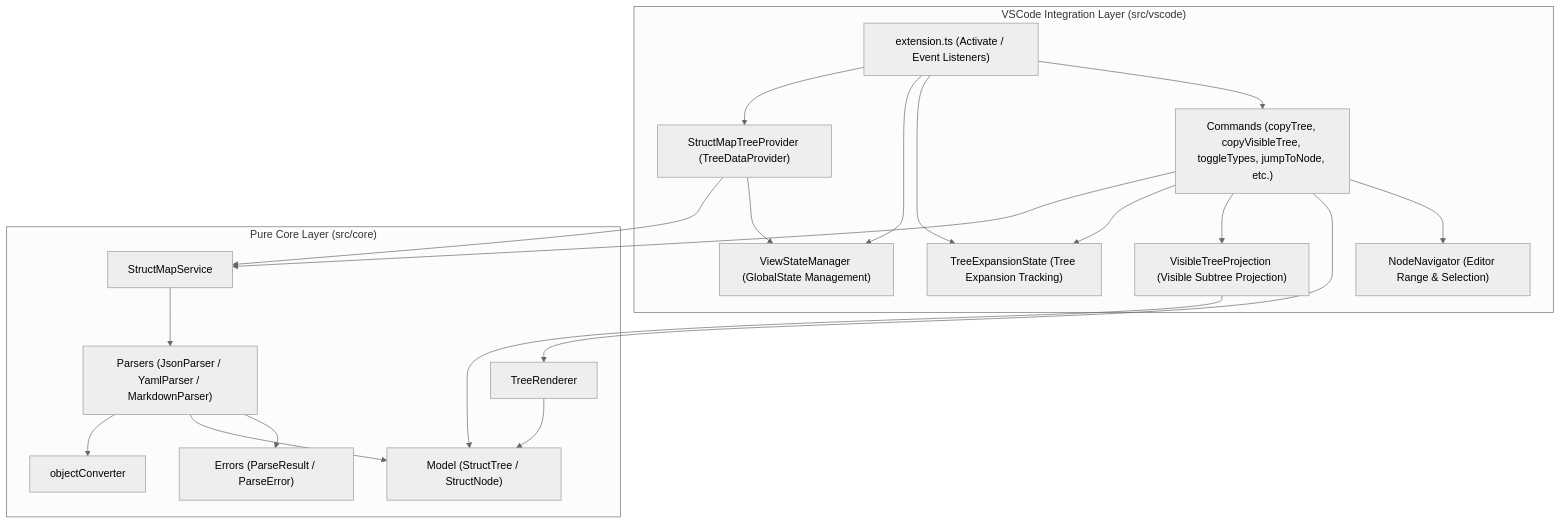
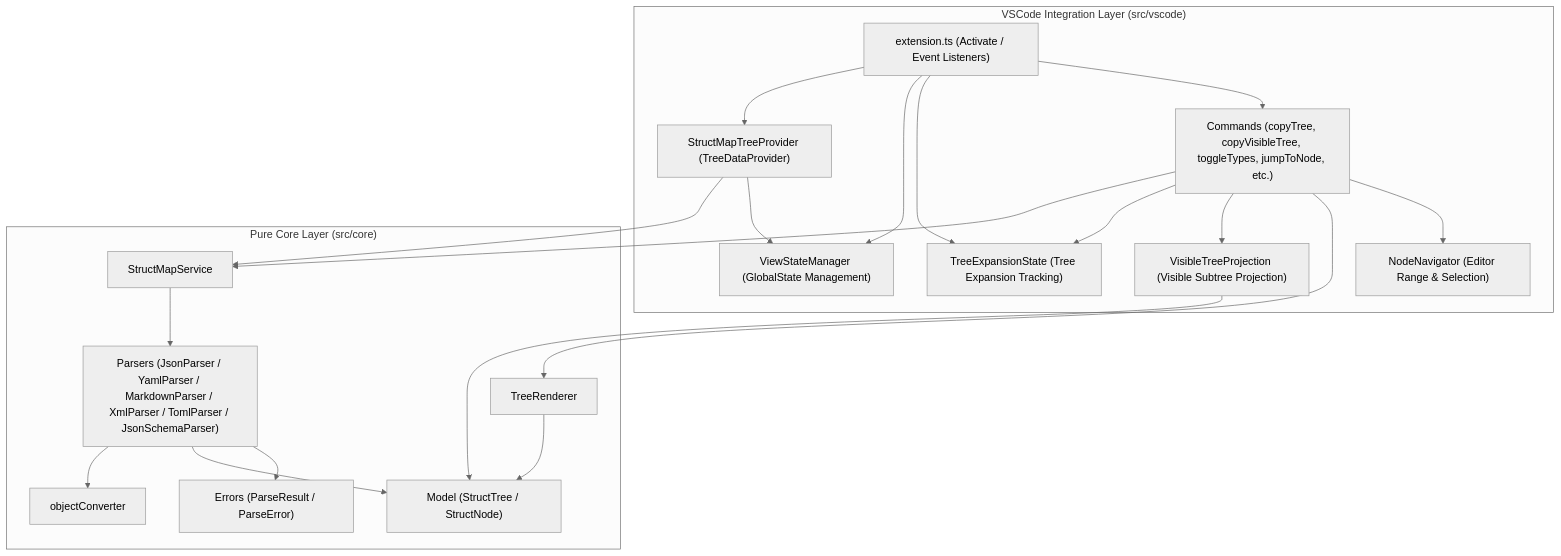
One commit to masanori-satake/StructMap-Solo changed the first of 2 diagrams in docs/ARCHITECTURE.md. Above: the diagram before and after it, drawn with Mermaid (neutral theme). The commit also changed other lines of this file and 7 other files, not shown here.

````diff
--- a/docs/ARCHITECTURE.md
+++ b/docs/ARCHITECTURE.md
@@ -39,39 +39,39 @@
 ```mermaid
 graph TD
     subgraph VSCode_Layer ["VSCode Integration Layer (src/vscode)"]
         Ext["extension.ts (Activate / Event Listeners)"]
         TreeProv["StructMapTreeProvider (TreeDataProvider)"]
         Navigator["NodeNavigator (Editor Range & Selection)"]
         StateMgr["ViewStateManager (GlobalState Management)"]
         ExpState["TreeExpansionState (Tree Expansion Tracking)"]
         Projection["VisibleTreeProjection (Visible Subtree Projection)"]
         Cmds["Commands (copyTree, copyVisibleTree, toggleTypes, jumpToNode, etc.)"]
     end
 
     subgraph Core_Layer ["Pure Core Layer (src/core)"]
         Service["StructMapService"]
-        Parsers["Parsers (JsonParser / YamlParser / MarkdownParser)"]
+        Parsers["Parsers (JsonParser / YamlParser / MarkdownParser / XmlParser / TomlParser / JsonSchemaParser)"]
         Converter["objectConverter"]
         Model["Model (StructTree / StructNode)"]
         Renderer["TreeRenderer"]
         Errors["Errors (ParseResult / ParseError)"]
     end
 
     Ext --> TreeProv
     Ext --> StateMgr
     Ext --> ExpState
     Ext --> Cmds
     TreeProv --> Service
     TreeProv --> StateMgr
     Cmds --> Service
     Cmds --> ExpState
     Cmds --> Projection
     Cmds --> Renderer
     Cmds --> Navigator
     Projection --> Model
     Service --> Parsers
     Parsers --> Converter
     Parsers --> Model
     Parsers --> Errors
     Renderer --> Model
 ```
````
